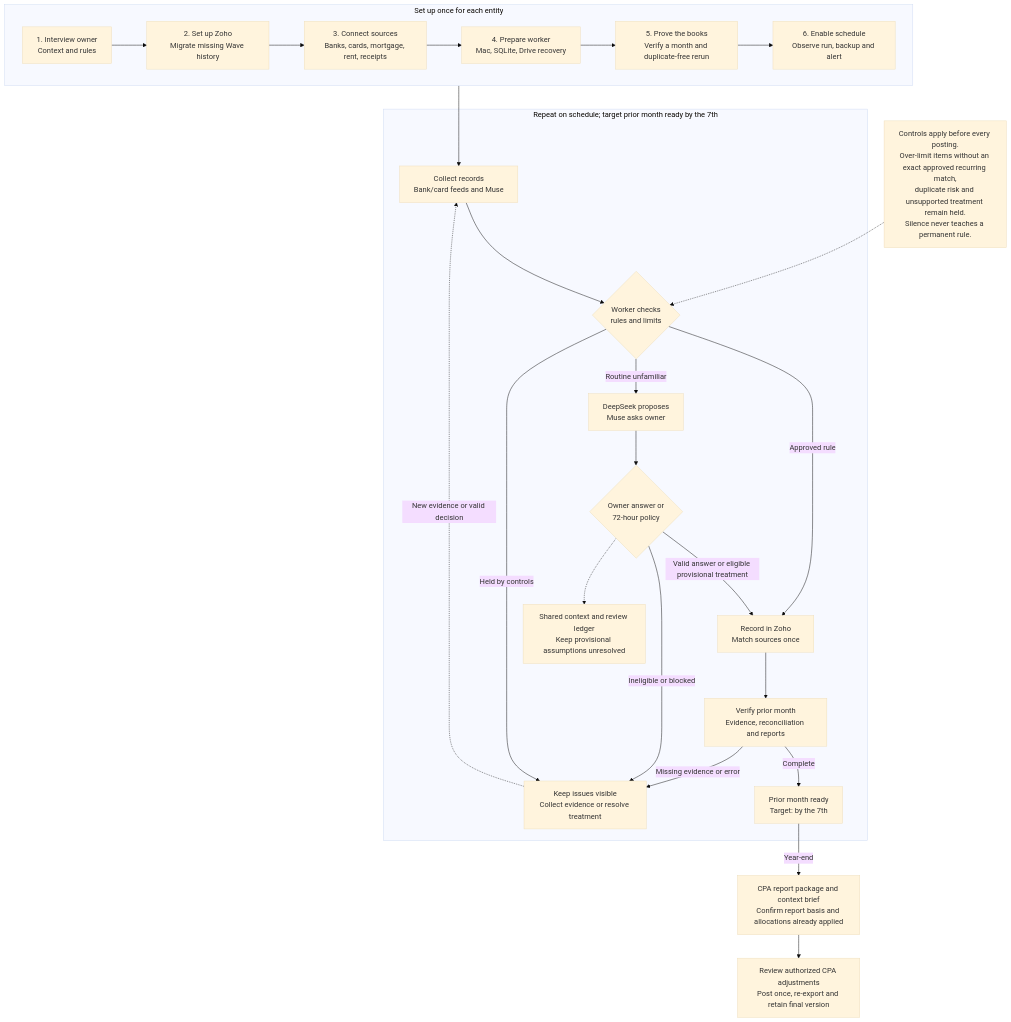
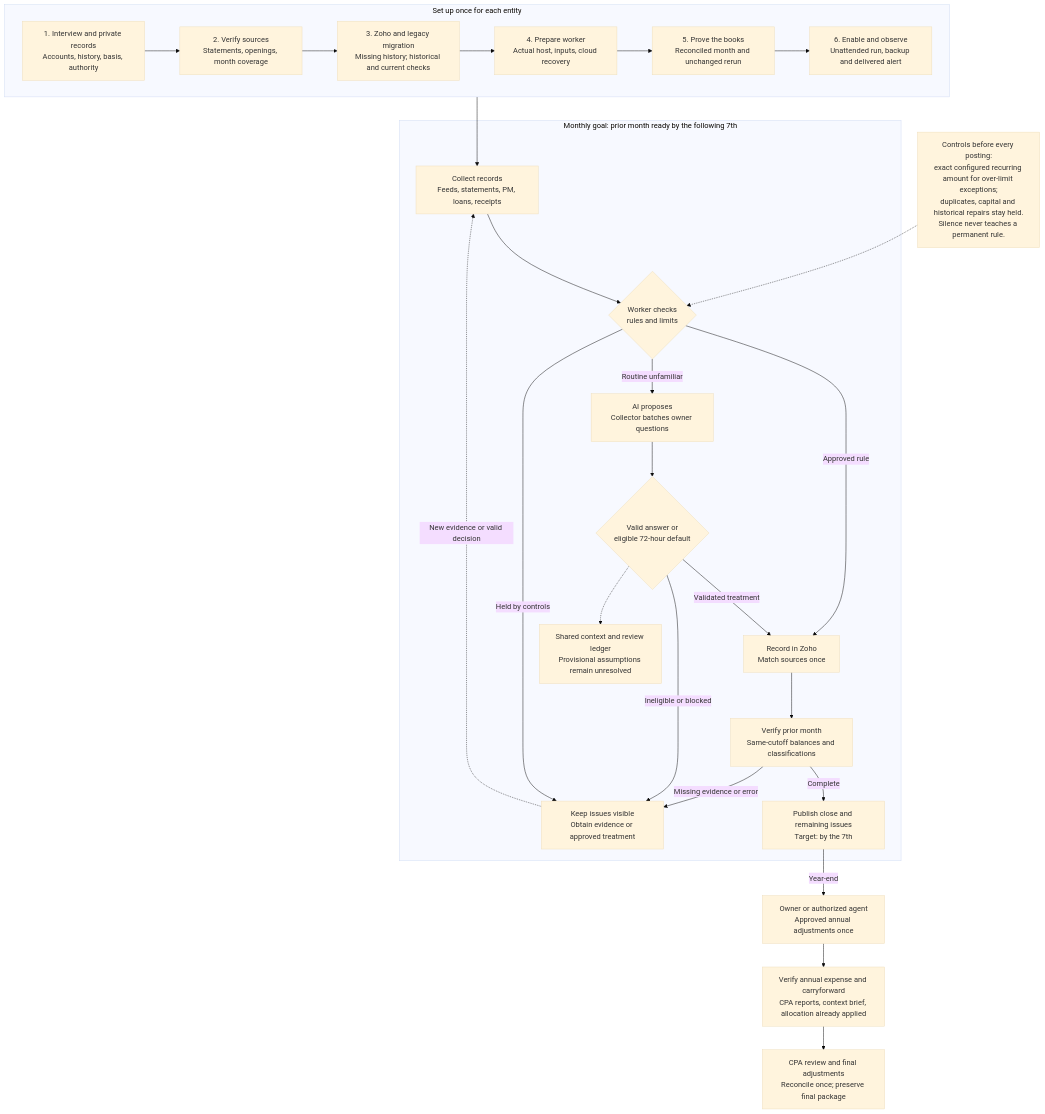
Before and after one commit to Burns-Capital-Partners/ai-bookkeeper: the diagram in docs/FLOWCHART.md, drawn with Mermaid (base theme). The commit also changed other lines of this file and 14 other files, not shown here.

````diff
--- a/docs/FLOWCHART.md
+++ b/docs/FLOWCHART.md
@@ -5,32 +7,30 @@
 ```mermaid
-%% Editable source for the executive process map. Diagram describes intended operation.
 flowchart TB
   subgraph SETUP[Set up once for each entity]
     direction LR
-    S1[1. Interview owner<br/>Context and rules] --> S2[2. Set up Zoho<br/>Migrate missing Wave history]
-    S2 --> S3[3. Connect sources<br/>Banks, cards, mortgage, rent, receipts]
-    S3 --> S4[4. Prepare worker<br/>Mac, SQLite, Drive recovery]
-    S4 --> S5[5. Prove the books<br/>Verify a month and duplicate-free rerun]
-    S5 --> S6[6. Enable schedule<br/>Observe run, backup and alert]
+    S1[1. Interview and private records<br/>Accounts, history, basis, authority] --> S2[2. Verify sources<br/>Statements, openings, month coverage]
+    S2 --> S3[3. Zoho and legacy migration<br/>Missing history; historical and current checks]
+    S3 --> S4[4. Prepare worker<br/>Actual host, inputs, cloud recovery]
+    S4 --> S5[5. Prove the books<br/>Reconciled month and unchanged rerun]
+    S5 --> S6[6. Enable and observe<br/>Unattended run, backup and delivered alert]
   end
   S6 --> C
-  subgraph REPEAT[Repeat on schedule; target prior month ready by the 7th]
-    C[Collect records<br/>Bank/card feeds and Muse] --> R{Worker checks<br/>rules and limits}
+  subgraph REPEAT[Monthly goal: prior month ready by the following 7th]
+    C[Collect records<br/>Feeds, statements, PM, loans, receipts] --> R{Worker checks<br/>rules and limits}
     R -->|Approved rule| Z[Record in Zoho<br/>Match sources once]
-    R -->|Routine unfamiliar| A[DeepSeek proposes<br/>Muse asks owner]
-    R -->|Held by controls| H[Keep issues visible<br/>Collect evidence or resolve treatment]
-    A --> D{Owner answer or<br/>72-hour policy}
-    D -->|Valid answer or eligible provisional treatment| Z
+    R -->|Routine unfamiliar| A[AI proposes<br/>Collector batches owner questions]
+    R -->|Held by controls| H[Keep issues visible<br/>Obtain evidence or approved treatment]
+    A --> D{Valid answer or<br/>eligible 72-hour default}
+    D -->|Validated treatment| Z
     D -->|Ineligible or blocked| H
-    Z --> M[Verify prior month<br/>Evidence, reconciliation and reports]
-    M -->|Complete| G[Prior month ready<br/>Target: by the 7th]
+    D -.-> L[Shared context and review ledger<br/>Provisional assumptions remain unresolved]
+    Z --> M[Verify prior month<br/>Same-cutoff balances and classifications]
+    M -->|Complete| G[Publish close and remaining issues<br/>Target: by the 7th]
     M -->|Missing evidence or error| H
     H -.->|New evidence or valid decision| C
-    D -.-> L[Shared context and review ledger<br/>Keep provisional assumptions unresolved]
   end
-  N[Controls apply before every posting.<br/>Over-limit items without an exact approved recurring match,<br/>duplicate risk and unsupported treatment remain held.<br/>Silence never teaches a permanent rule.]
-  N -.-> R
-  G -->|Year-end| CPA[CPA report package and context brief<br/>Confirm report basis and allocations already applied]
-  CPA --> ADJ[Review authorized CPA adjustments<br/>Post once, re-export and retain final version]
-
+  N[Controls before every posting:<br/>exact configured recurring amount for over-limit exceptions;<br/>duplicates, capital and historical repairs stay held.<br/>Silence never teaches a permanent rule.] -.-> R
+  G -->|Year-end| Y[Owner or authorized agent<br/>Approved annual adjustments once]
+  Y --> CPA[Verify annual expense and carryforward<br/>CPA reports, context brief, allocation already applied]
+  CPA --> F[CPA review and final adjustments<br/>Reconcile once; preserve final package]
 ```
````
